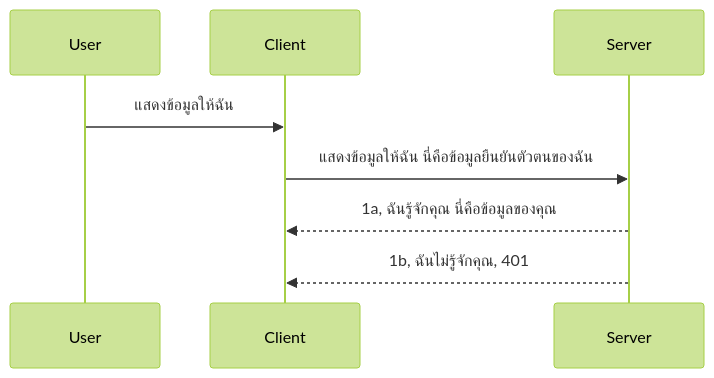
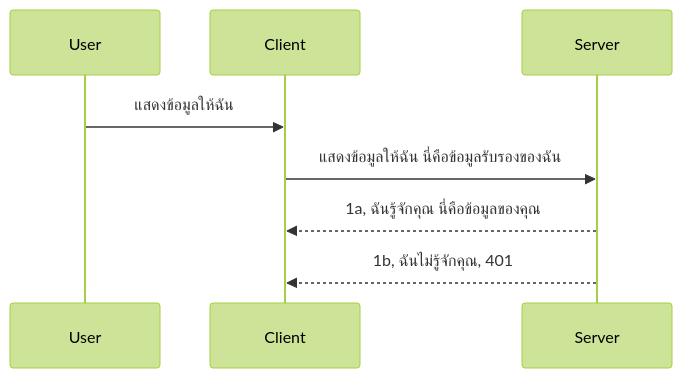
One commit to HIDORAKAI002/ai-workspace-archive changed the diagram in mcp_ecosystem__model_context_protocol/mcp_learning_resources/mcp-for-beginners/translations/th/03-GettingStarted/11-simple-auth/README.md. Above: the diagram before and after it, drawn with Mermaid (forest theme). The commit also changed other lines of this file and 1160 other files, not shown here.

````diff
--- a/mcp_ecosystem__model_context_protocol/mcp_learning_resources/mcp-for-beginners/translations/th/03-GettingStarted/11-simple-auth/README.md
+++ b/mcp_ecosystem__model_context_protocol/mcp_learning_resources/mcp-for-beginners/translations/th/03-GettingStarted/11-simple-auth/README.md
@@ -24,11 +24,11 @@
 ```mermaid
 sequenceDiagram
    participant User
    participant Client
    participant Server
 
    User->>Client: แสดงข้อมูลให้ฉัน
-   Client->>Server: แสดงข้อมูลให้ฉัน นี่คือข้อมูลยืนยันตัวตนของฉัน
+   Client->>Server: แสดงข้อมูลให้ฉัน นี่คือข้อมูลรับรองของฉัน
    Server-->>Client: 1a, ฉันรู้จักคุณ นี่คือข้อมูลของคุณ
    Server-->>Client: 1b, ฉันไม่รู้จักคุณ, 401 
 ```
````
